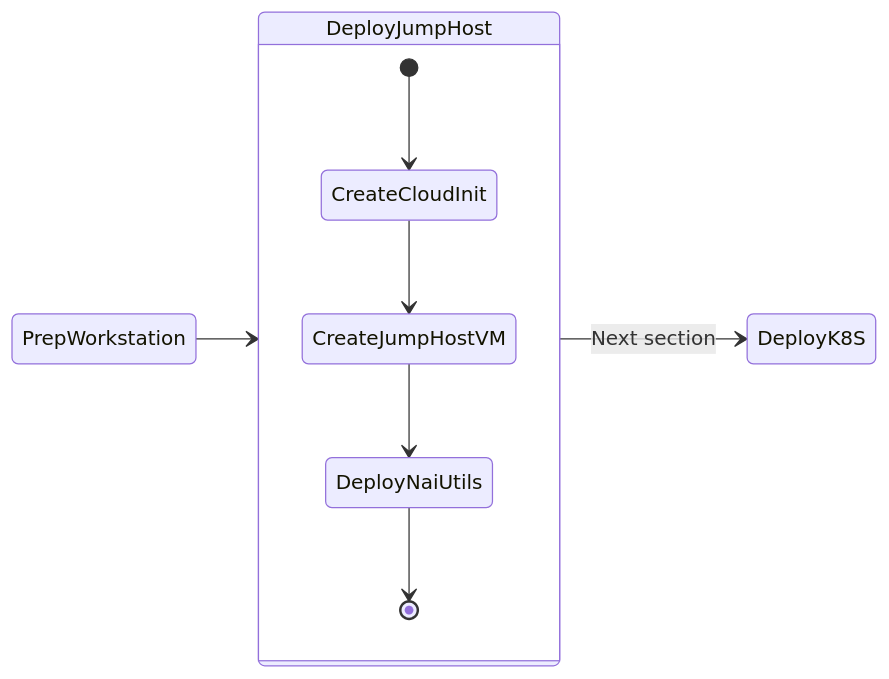
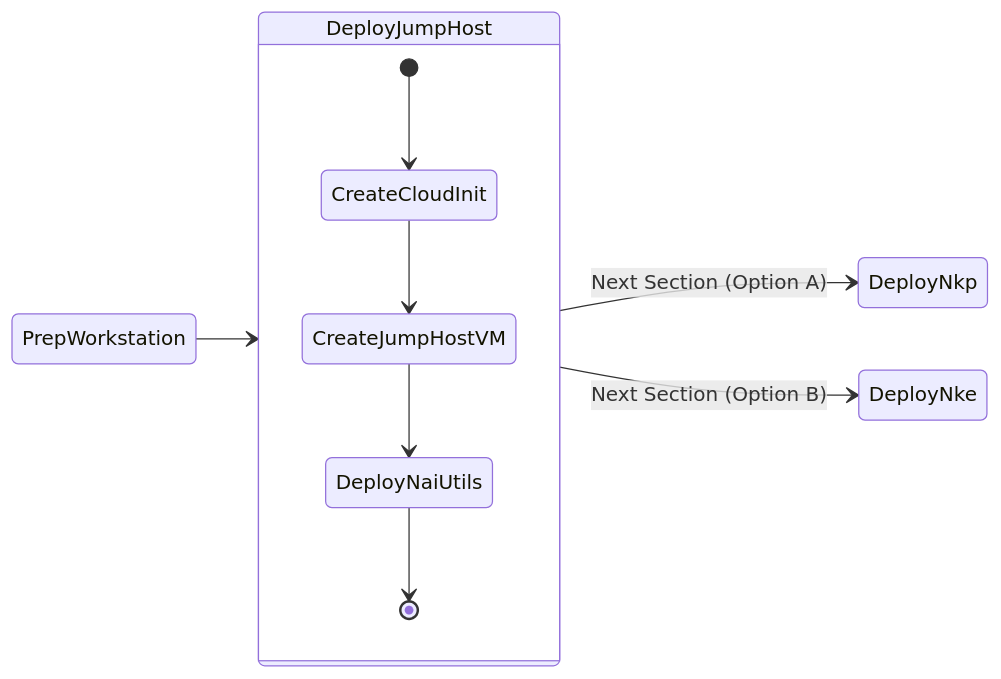
The diagram in docs/infra/infra_jumphost_tofu.md (nutanix-japan/nai-llm), drawn with Mermaid before and after one commit. The commit also changed other lines of this file and 7 other files, not shown here.

````diff
--- a/docs/infra/infra_jumphost_tofu.md
+++ b/docs/infra/infra_jumphost_tofu.md
@@ -9,14 +9,15 @@
 ```mermaid
 stateDiagram-v2
     direction LR
     
     state DeployJumpHost {
         [*] --> CreateCloudInit
         CreateCloudInit --> CreateJumpHostVM
         CreateJumpHostVM --> DeployNaiUtils
         DeployNaiUtils --> [*]
     }
 
     PrepWorkstation --> DeployJumpHost 
-    DeployJumpHost --> DeployK8S : Next section
+    DeployJumpHost --> DeployNkp : Next Section (Option A)
+    DeployJumpHost --> DeployNke : Next Section (Option B)
 ```
````
